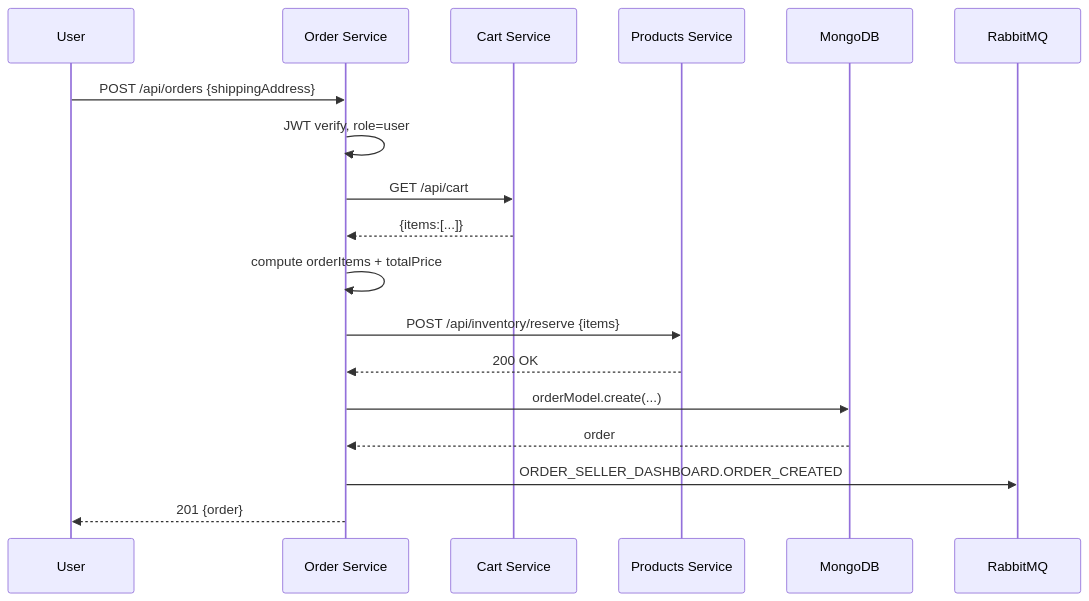
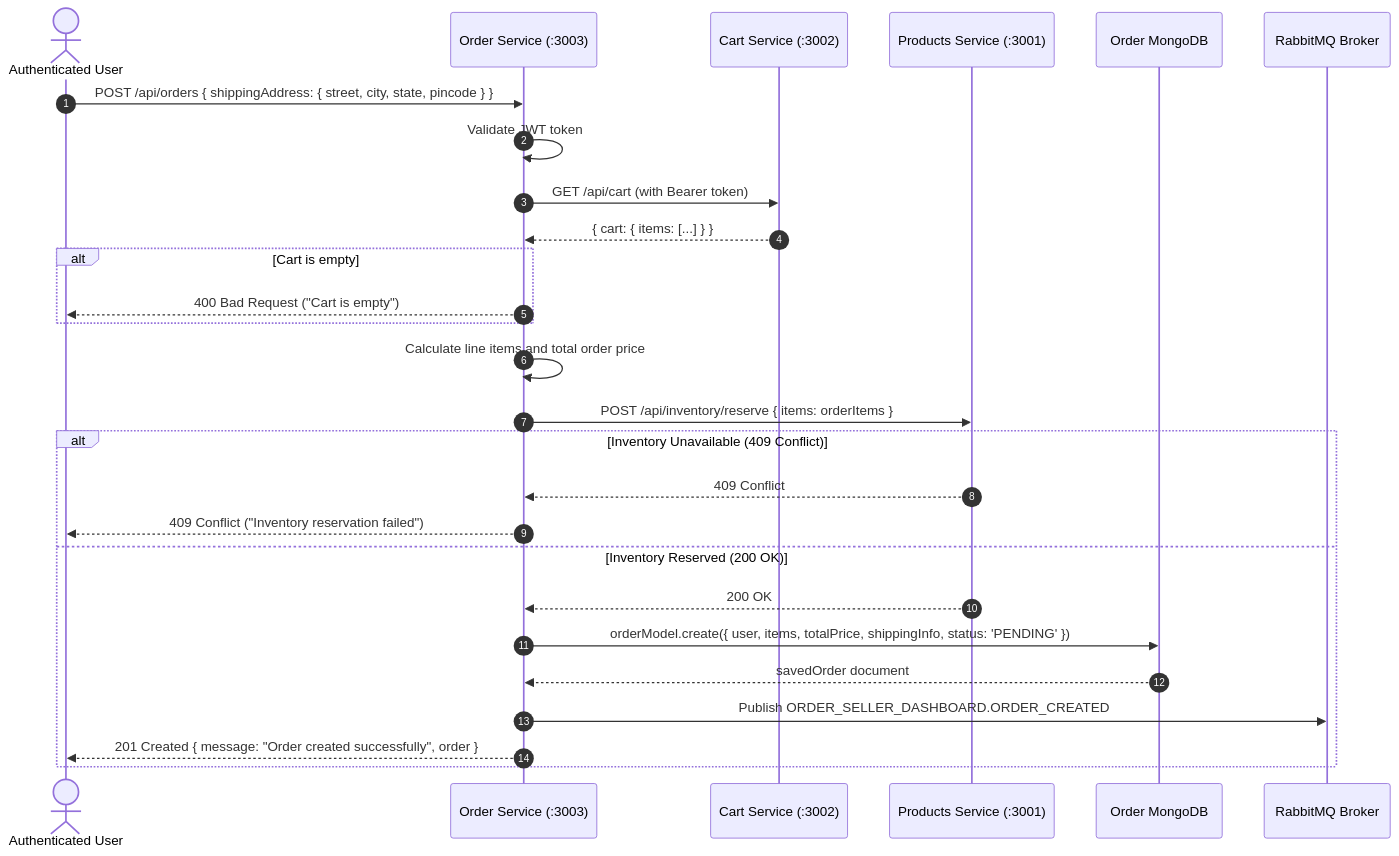
The ninth of 17 diagrams in README.md (itsam-13/Vendora), drawn with Mermaid before and after one commit. The commit also changed other lines of this file, not shown here.

Commit message:
docs: update README.md with comprehensive microservices architecture and event topology

````diff
--- a/README.md
+++ b/README.md
@@ -579,21 +702,30 @@
 ```mermaid
 sequenceDiagram
-    participant U as User
-    participant O as Order Service
-    participant C as Cart Service
-    participant P as Products Service
-    participant DB as MongoDB
-    participant MQ as RabbitMQ
+    autonumber
+    actor Customer as Authenticated User
+    participant Order as Order Service (:3003)
+    participant Cart as Cart Service (:3002)
+    participant Prod as Products Service (:3001)
+    participant DB as Order MongoDB
+    participant MQ as RabbitMQ Broker
 
-    U->>O: POST /api/orders {shippingAddress}
-    O->>O: JWT verify, role=user
-    O->>C: GET /api/cart
-    C-->>O: {items:[...]}
-    O->>O: compute orderItems + totalPrice
-    O->>P: POST /api/inventory/reserve {items}
-    P-->>O: 200 OK
-    O->>DB: orderModel.create(...)
-    DB-->>O: order
-    O->>MQ: ORDER_SELLER_DASHBOARD.ORDER_CREATED
-    O-->>U: 201 {order}
+    Customer->>Order: POST /api/orders { shippingAddress: { street, city, state, pincode } }
+    Order->>Order: Validate JWT token
+    Order->>Cart: GET /api/cart (with Bearer token)
+    Cart-->>Order: { cart: { items: [...] } }
+    alt Cart is empty
+        Order-->>Customer: 400 Bad Request ("Cart is empty")
+    end
+    Order->>Order: Calculate line items and total order price
+    Order->>Prod: POST /api/inventory/reserve { items: orderItems }
+    alt Inventory Unavailable (409 Conflict)
+        Prod-->>Order: 409 Conflict
+        Order-->>Customer: 409 Conflict ("Inventory reservation failed")
+    else Inventory Reserved (200 OK)
+        Prod-->>Order: 200 OK
+        Order->>DB: orderModel.create({ user, items, totalPrice, shippingInfo, status: 'PENDING' })
+        DB-->>Order: savedOrder document
+        Order->>MQ: Publish ORDER_SELLER_DASHBOARD.ORDER_CREATED
+        Order-->>Customer: 201 Created { message: "Order created successfully", order }
+    end
 ```
````
